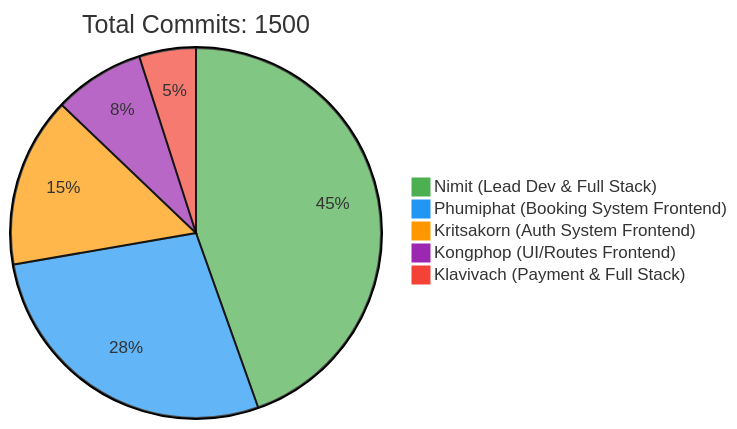
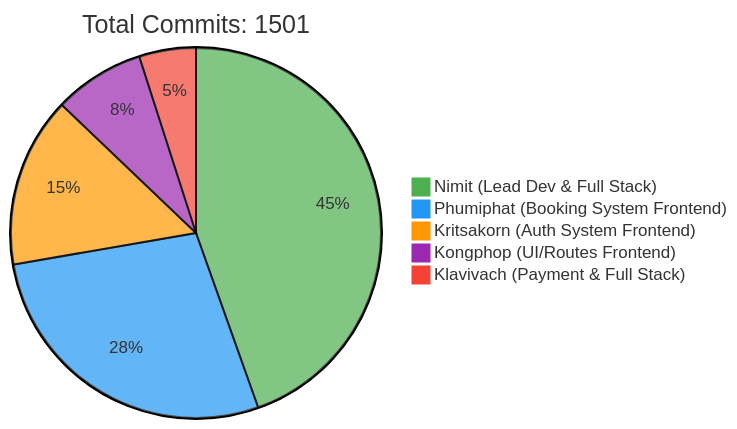
One commit to 6531503042/Sport-Complex changed the first of 2 diagrams in README.md. Above: the diagram before and after it, drawn with Mermaid. The commit also changed other lines of this file, not shown here.

Commit message:
docs: Update contributor statistics [skip ci]

````diff
--- a/README.md
+++ b/README.md
@@ -257,10 +257,10 @@
 ```mermaid
 %%{init: {'theme': 'base', 'themeVariables': { 'pie1': '#4CAF50', 'pie2': '#2196F3', 'pie3': '#FF9800', 'pie4': '#9C27B0', 'pie5': '#F44336'}}}%%
 pie
-    title Total Commits: 1500
+    title Total Commits: 1501
     "Nimit (Lead Dev & Full Stack)" : 450
     "Phumiphat (Booking System Frontend)" : 280
     "Kritsakorn (Auth System Frontend)" : 150
     "Kongphop (UI/Routes Frontend)" : 80
     "Klavivach (Payment & Full Stack)" : 50
 ```
````
